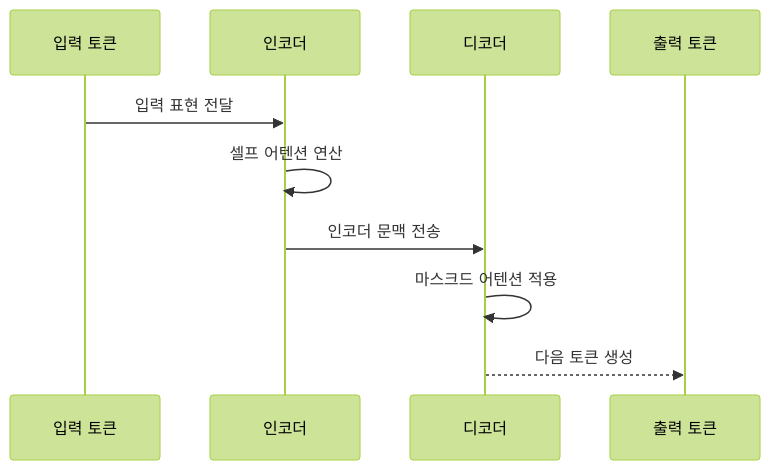
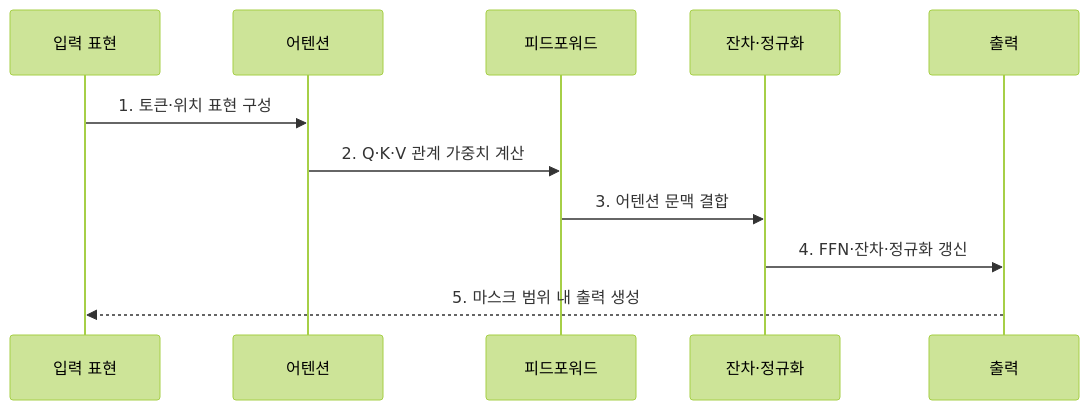
Before and after one commit to agnusdei1207/knowledge-base: the second of 2 diagrams in src/content/docs/notes/08-latest-tech/027_transformer.md, drawn with Mermaid (forest theme). The commit also changed other lines of this file and 26 other files, not shown here.

````diff
--- a/src/content/docs/notes/08-latest-tech/027_transformer.md
+++ b/src/content/docs/notes/08-latest-tech/027_transformer.md
@@ -76,12 +73,13 @@
 ```mermaid
 sequenceDiagram
-    participant I as 입력 토큰
-    participant E as 인코더
-    participant D as 디코더
-    participant O as 출력 토큰
-    I->>E: 입력 표현 전달
-    E->>E: 셀프 어텐션 연산
-    E->>D: 인코더 문맥 전송
-    D->>D: 마스크드 어텐션 적용
-    D-->>O: 다음 토큰 생성
+    participant I as 입력 표현
+    participant A as 어텐션
+    participant F as 피드포워드
+    participant S as 잔차·정규화
+    participant O as 출력
+    I->>A: 1. 토큰·위치 표현 구성
+    A->>F: 2. Q·K·V 관계 가중치 계산
+    F->>S: 3. 어텐션 문맥 결합
+    S->>O: 4. FFN·잔차·정규화 갱신
+    O-->>I: 5. 마스크 범위 내 출력 생성
 ```
````
